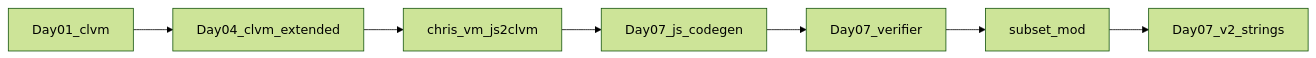
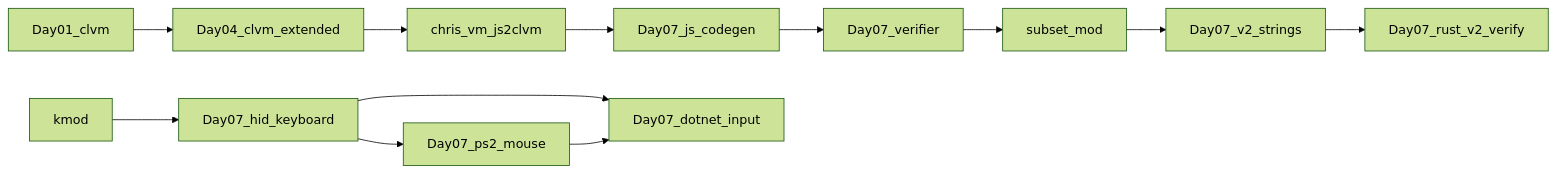
One commit to christianrss/chris-low-level changed the third of 11 diagrams in docs/LEARNING_PATHS.md. Above: the diagram before and after it, drawn with Mermaid (forest theme). The commit also changed other lines of this file and 369 other files, not shown here.

````diff
--- a/docs/LEARNING_PATHS.md
+++ b/docs/LEARNING_PATHS.md
@@ -49,9 +52,14 @@
 ```mermaid
 flowchart LR
   d1[Day01_clvm] --> d4[Day04_clvm_extended]
   d4 --> cap[chris_vm_js2clvm]
   cap --> n1[Day07_js_codegen]
   n1 --> n2[Day07_verifier]
   n2 --> n3[subset_mod]
   n3 --> n4[Day07_v2_strings]
+  n4 --> n7[Day07_rust_v2_verify]
+  kmod --> n5[Day07_hid_keyboard]
+  n5 --> n6[Day07_ps2_mouse]
+  n5 --> n8[Day07_dotnet_input]
+  n6 --> n8
 ```
````
